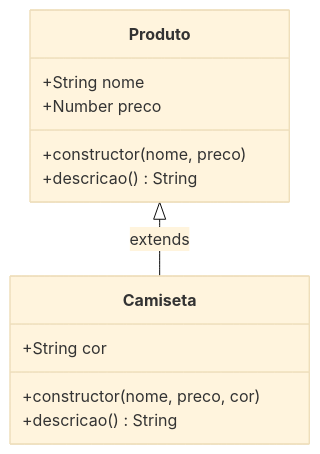
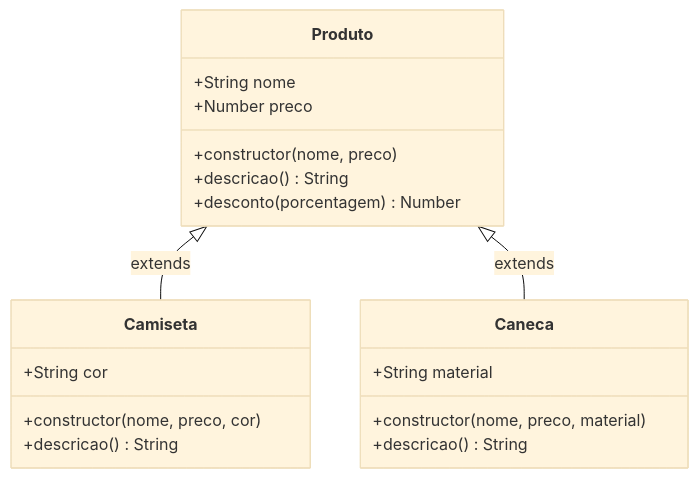
The second of 3 diagrams in POO em JS/1 - Classes/Classes em JavaScript.md (Leonardo-P-Monteiro/JS_STUDIES), drawn with Mermaid (base theme) before and after one commit. The commit also changed other lines of this file and 3 other files, not shown here.

````diff
--- a/POO em JS/1 - Classes/Classes em JavaScript.md
+++ b/POO em JS/1 - Classes/Classes em JavaScript.md
@@ -57,17 +75,25 @@
 ```mermaid
 classDiagram
     class Produto {
         +String nome
         +Number preco
         +constructor(nome, preco)
         +descricao() String
+        +desconto(porcentagem) Number
     }
 
     class Camiseta {
         +String cor
         +constructor(nome, preco, cor)
         +descricao() String
     }
 
+    class Caneca {
+        +String material
+        +constructor(nome, preco, material)
+        +descricao() String
+    }
+
     Produto <|-- Camiseta : extends
+    Produto <|-- Caneca : extends
 ```
````
